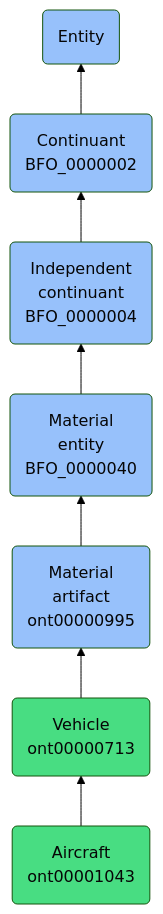
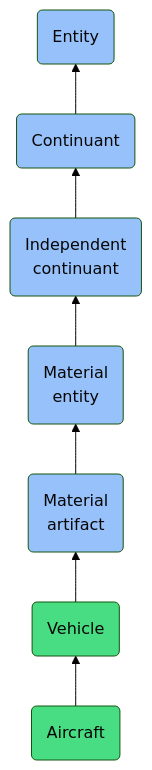
The diagram in docs/ontology/reference/model/Entity/Continuant/Independent continuant/Material entity/Material artifact/Vehicle/Aircraft/Aircraft.md (jupyter-naas/abi), drawn with Mermaid (forest theme) before and after one commit. The commit also changed other lines of this file and 1430 other files, not shown here.

````diff
--- a/docs/ontology/reference/model/Entity/Continuant/Independent continuant/Material entity/Material artifact/Vehicle/Aircraft/Aircraft.md
+++ b/docs/ontology/reference/model/Entity/Continuant/Independent continuant/Material entity/Material artifact/Vehicle/Aircraft/Aircraft.md
@@ -24,14 +24,14 @@
 ```mermaid
 graph BT
-    ont00001043(Aircraft<br>ont00001043):::ABI-->ont00000713
-    ont00000713(Vehicle<br>ont00000713):::ABI-->ont00000995
-    ont00000995(Material<br>artifact<br>ont00000995):::BFO-->BFO_0000040
-    BFO_0000040(Material<br>entity<br>BFO_0000040):::BFO-->BFO_0000004
-    BFO_0000004(Independent<br>continuant<br>BFO_0000004):::BFO-->BFO_0000002
-    BFO_0000002(Continuant<br>BFO_0000002):::BFO-->BFO_0000001
+    ont00001043(Aircraft):::ABI-->ont00000713
+    ont00000713(Vehicle):::ABI-->ont00000995
+    ont00000995(Material<br>artifact):::BFO-->BFO_0000040
+    BFO_0000040(Material<br>entity):::BFO-->BFO_0000004
+    BFO_0000004(Independent<br>continuant):::BFO-->BFO_0000002
+    BFO_0000002(Continuant):::BFO-->BFO_0000001
     BFO_0000001(Entity):::BFO
     
     classDef BFO fill:#97c1fb,color:#060606
     classDef CCO fill:#e4c51e,color:#060606
     classDef ABI fill:#48DD82,color:#060606
 ```
````
